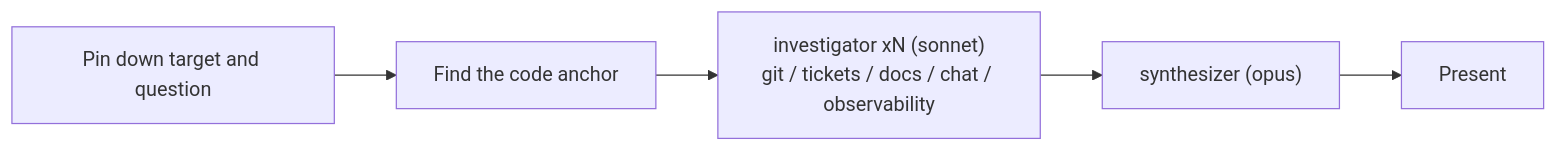
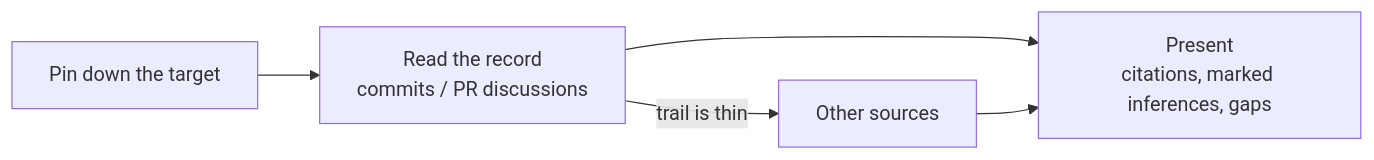
Before and after one commit to souljazzfunk/lab: the fourth of 12 diagrams in pstack-cc/docs/skill-map.en.md, drawn with Mermaid. The commit also changed other lines of this file and 116 other files, not shown here.

````diff
--- a/pstack-cc/docs/skill-map.en.md
+++ b/pstack-cc/docs/skill-map.en.md
@@ -119,7 +111,7 @@
 ```mermaid
 flowchart LR
-  A[Pin down target and question] --> B[Find the code anchor]
-  B --> C["investigator xN (sonnet)<br/>git / tickets / docs / chat / observability"]
-  C --> D["synthesizer (opus)"]
-  D --> E[Present]
+  A[Pin down the target] --> B["Read the record<br/>commits / PR discussions"]
+  B -->|trail is thin| C[Other sources]
+  B --> D["Present<br/>citations, marked inferences, gaps"]
+  C --> D
 ```
````
